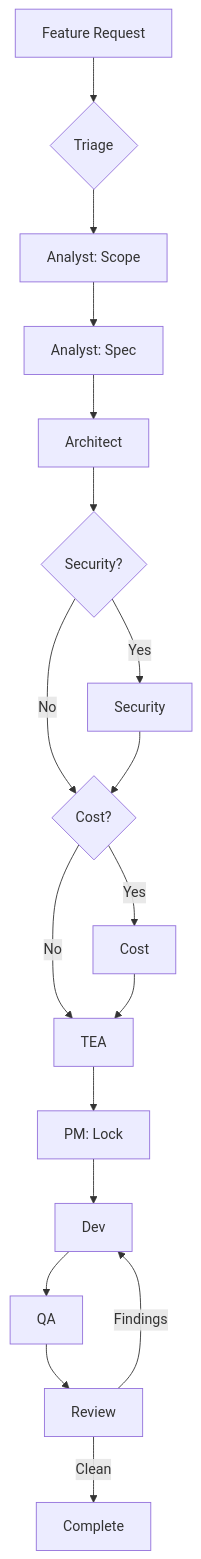
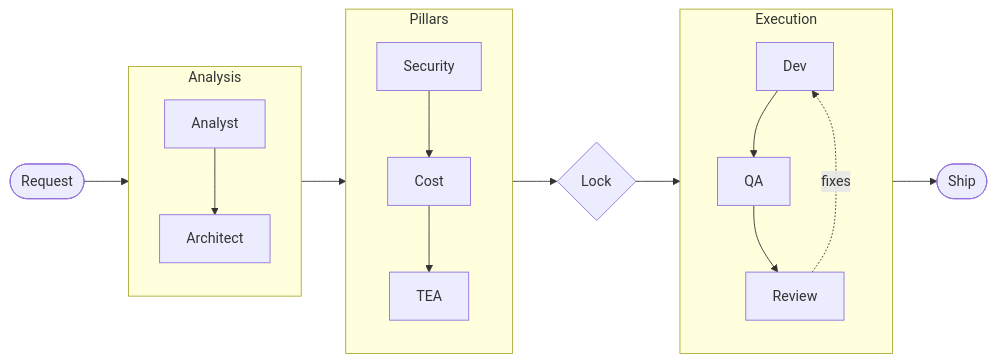
One commit to Nine-Sigma/specflow changed the second of 12 diagrams in site/pages/architecture.mdx. Above: the diagram before and after it, drawn with Mermaid. The commit also changed other lines of this file, not shown here.

Commit message:
docs: redesign routing logic as compact horizontal flow

````diff
--- a/site/pages/architecture.mdx
+++ b/site/pages/architecture.mdx
@@ -63,20 +63,15 @@
 ```mermaid
-flowchart TD
-    Request[Feature Request] --> Triage{Triage}
-    Triage --> Scope[Analyst: Scope]
-    Scope --> Spec[Analyst: Spec]
-    Spec --> Arch[Architect]
-    Arch --> SecCheck{Security?}
-    SecCheck -->|Yes| Sec[Security]
-    SecCheck -->|No| CostCheck
-    Sec --> CostCheck{Cost?}
-    CostCheck -->|Yes| Cost[Cost]
-    CostCheck -->|No| TEA
-    Cost --> TEA[TEA]
-    TEA --> Lock[PM: Lock]
-    Lock --> Dev[Dev]
-    Dev --> QA[QA]
-    QA --> Review[Review]
-    Review -->|Findings| Dev
-    Review -->|Clean| Complete[Complete]
+flowchart LR
+    subgraph Analysis
+        A[Analyst] --> B[Architect]
+    end
+    subgraph Pillars
+        C[Security] --> D[Cost] --> E[TEA]
+    end
+    subgraph Execution
+        F[Dev] --> G[QA] --> H[Review]
+    end
+
+    Request([Request]) --> Analysis --> Pillars --> Lock{Lock} --> Execution --> Done([Ship])
+    H -.->|fixes| F
 ```
````
